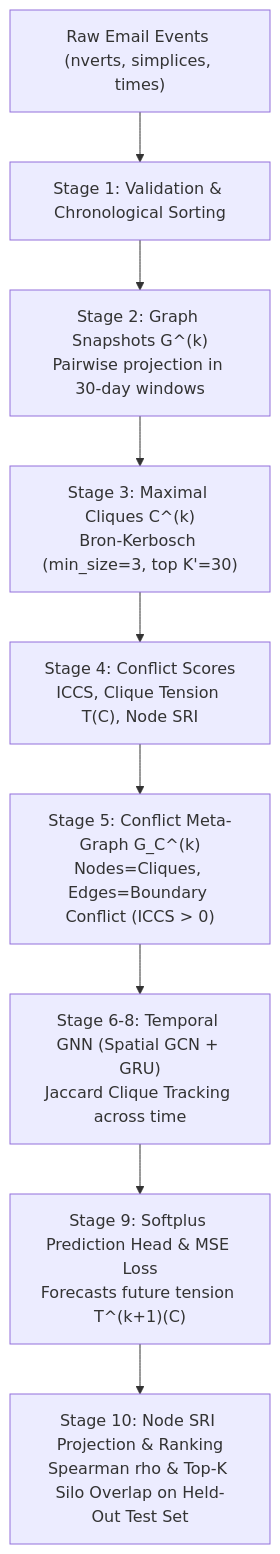
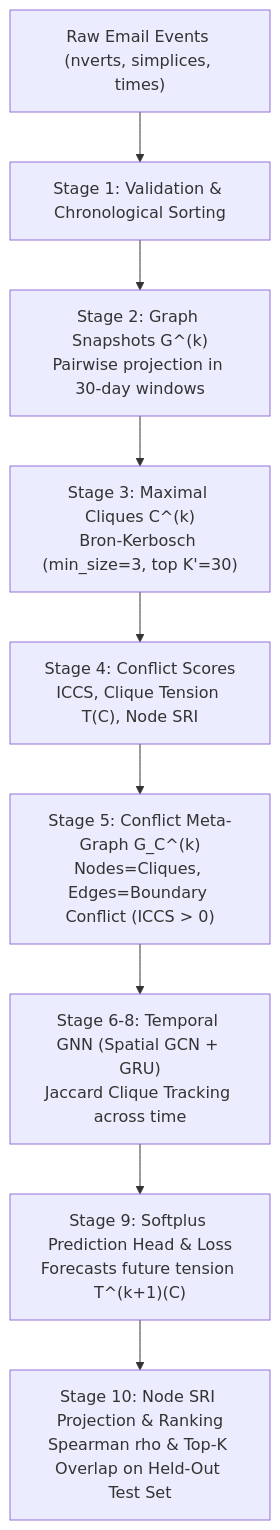
The diagram in README.md (ArnavBallinCode/temporal-gnn-silo-prediction), drawn with Mermaid before and after one commit. The commit also changed other lines of this file and 46 other files, not shown here.

````diff
--- a/README.md
+++ b/README.md
@@ -25,11 +29,11 @@
 ```mermaid
 flowchart TD
     A["Raw Email Events (nverts, simplices, times)"] --> B["Stage 1: Validation & Chronological Sorting"]
     B --> C["Stage 2: Graph Snapshots G^(k)\nPairwise projection in 30-day windows"]
     C --> D["Stage 3: Maximal Cliques C^(k)\nBron-Kerbosch (min_size=3, top K'=30)"]
     D --> E["Stage 4: Conflict Scores\nICCS, Clique Tension T(C), Node SRI"]
     E --> F["Stage 5: Conflict Meta-Graph G_C^(k)\nNodes=Cliques, Edges=Boundary Conflict (ICCS > 0)"]
     F --> G["Stage 6-8: Temporal GNN (Spatial GCN + GRU)\nJaccard Clique Tracking across time"]
-    G --> H["Stage 9: Softplus Prediction Head & MSE Loss\nForecasts future tension T^(k+1)(C)"]
-    H --> I["Stage 10: Node SRI Projection & Ranking\nSpearman rho & Top-K Silo Overlap on Held-Out Test Set"]
+    G --> H["Stage 9: Softplus Prediction Head & Loss\nForecasts future tension T^(k+1)(C)"]
+    H --> I["Stage 10: Node SRI Projection & Ranking\nSpearman rho & Top-K Overlap on Held-Out Test Set"]
 ```
````
